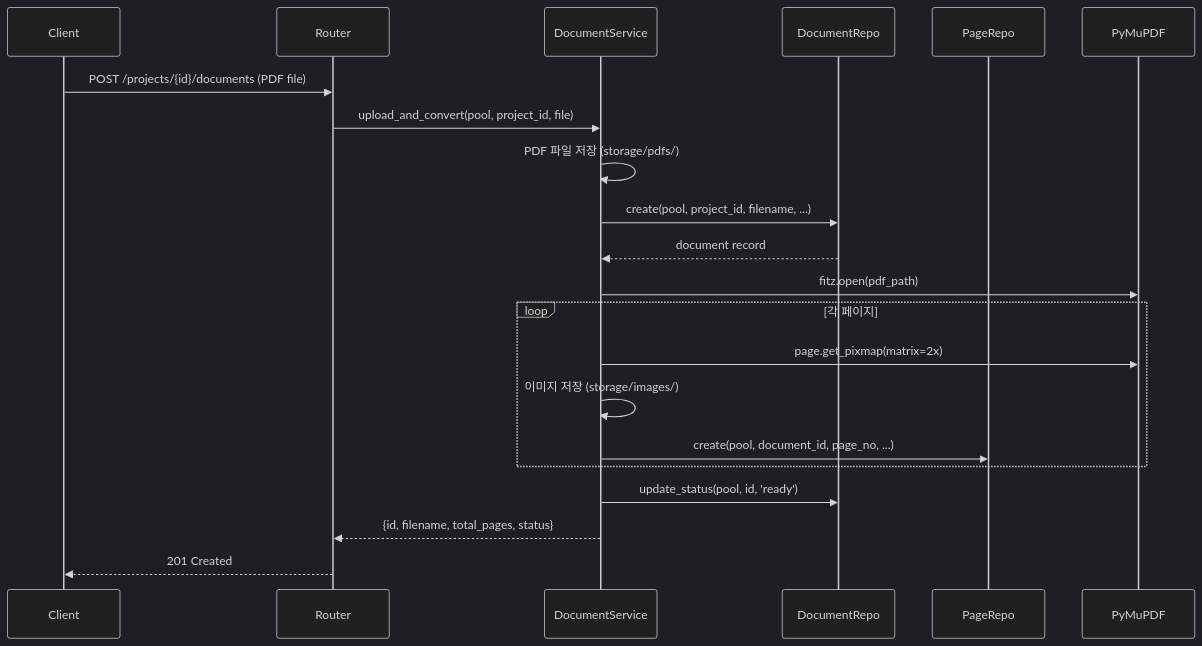
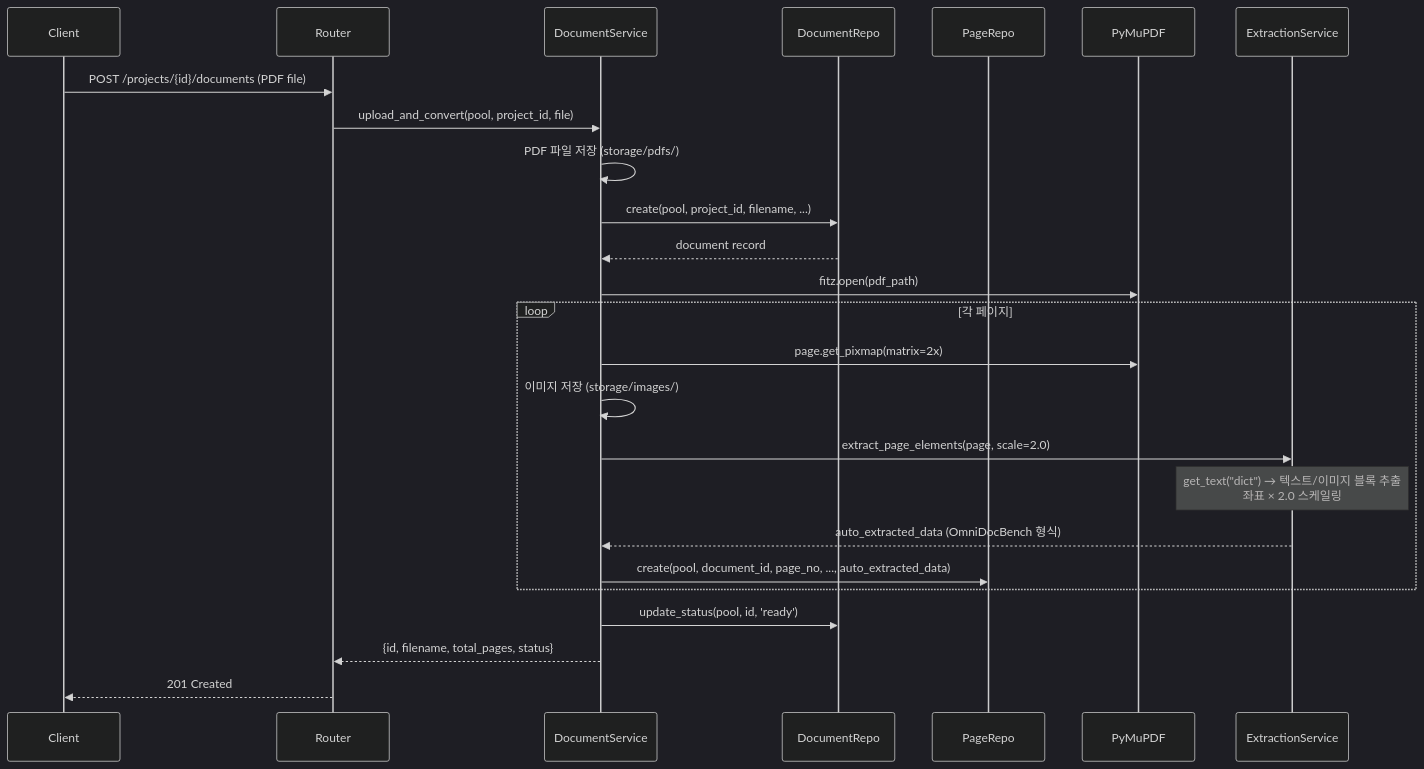
The second of 5 diagrams in saegim-backend/docs/design/architecture.md (appleparan/saegim), drawn with Mermaid (dark theme) before and after one commit. The commit also changed other lines of this file and 11 other files, not shown here.

First line of the commit message:
docs: update documentation for PDF text/image extraction feature

````diff
--- a/saegim-backend/docs/design/architecture.md
+++ b/saegim-backend/docs/design/architecture.md
@@ -88,24 +89,28 @@
 ```mermaid
 sequenceDiagram
     participant C as Client
     participant R as Router
     participant DS as DocumentService
     participant DR as DocumentRepo
     participant PR as PageRepo
     participant PDF as PyMuPDF
+    participant EX as ExtractionService
 
     C->>R: POST /projects/{id}/documents (PDF file)
     R->>DS: upload_and_convert(pool, project_id, file)
     DS->>DS: PDF 파일 저장 (storage/pdfs/)
     DS->>DR: create(pool, project_id, filename, ...)
     DR-->>DS: document record
     DS->>PDF: fitz.open(pdf_path)
     loop 각 페이지
         DS->>PDF: page.get_pixmap(matrix=2x)
         DS->>DS: 이미지 저장 (storage/images/)
-        DS->>PR: create(pool, document_id, page_no, ...)
+        DS->>EX: extract_page_elements(page, scale=2.0)
+        Note over EX: get_text("dict") → 텍스트/이미지 블록 추출<br/>좌표 × 2.0 스케일링
+        EX-->>DS: auto_extracted_data (OmniDocBench 형식)
+        DS->>PR: create(pool, document_id, page_no, ..., auto_extracted_data)
     end
     DS->>DR: update_status(pool, id, 'ready')
     DS-->>R: {id, filename, total_pages, status}
     R-->>C: 201 Created
 ```
````
